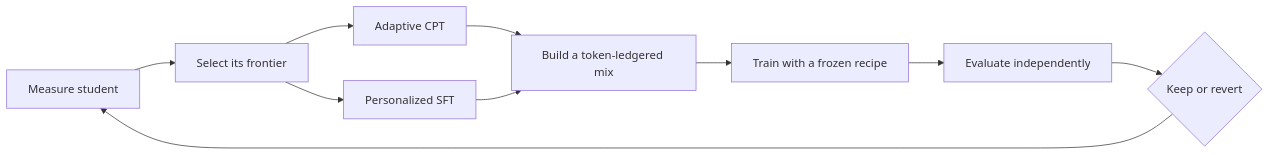
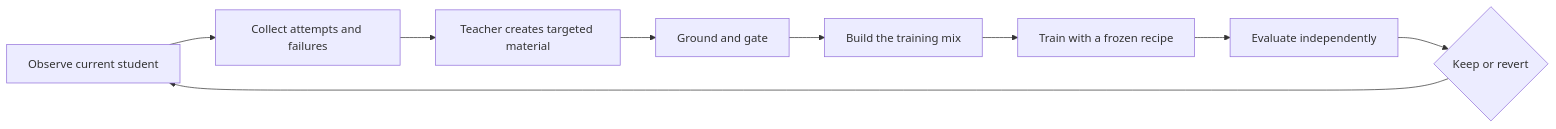
Before and after one commit to OpenNekaise/nekaise-studio: the diagram in docs/COAPT.md, drawn with Mermaid. The commit also changed other lines of this file and 1 other file, not shown here.

````diff
--- a/docs/COAPT.md
+++ b/docs/COAPT.md
@@ -53,12 +59,11 @@
 ```mermaid
 flowchart LR
-    S[Measure student] --> F[Select its frontier]
-    F --> C[Adaptive CPT]
-    F --> Q[Personalized SFT]
-    C --> M[Build a token-ledgered mix]
-    Q --> M
-    M --> T[Train with a frozen recipe]
-    T --> E[Evaluate independently]
+    S[Observe current student] --> B[Collect attempts and failures]
+    B --> T[Teacher creates targeted material]
+    T --> G[Ground and gate]
+    G --> M[Build the training mix]
+    M --> R[Train with a frozen recipe]
+    R --> E[Evaluate independently]
     E --> D{Keep or revert}
     D --> S
 ```
````
